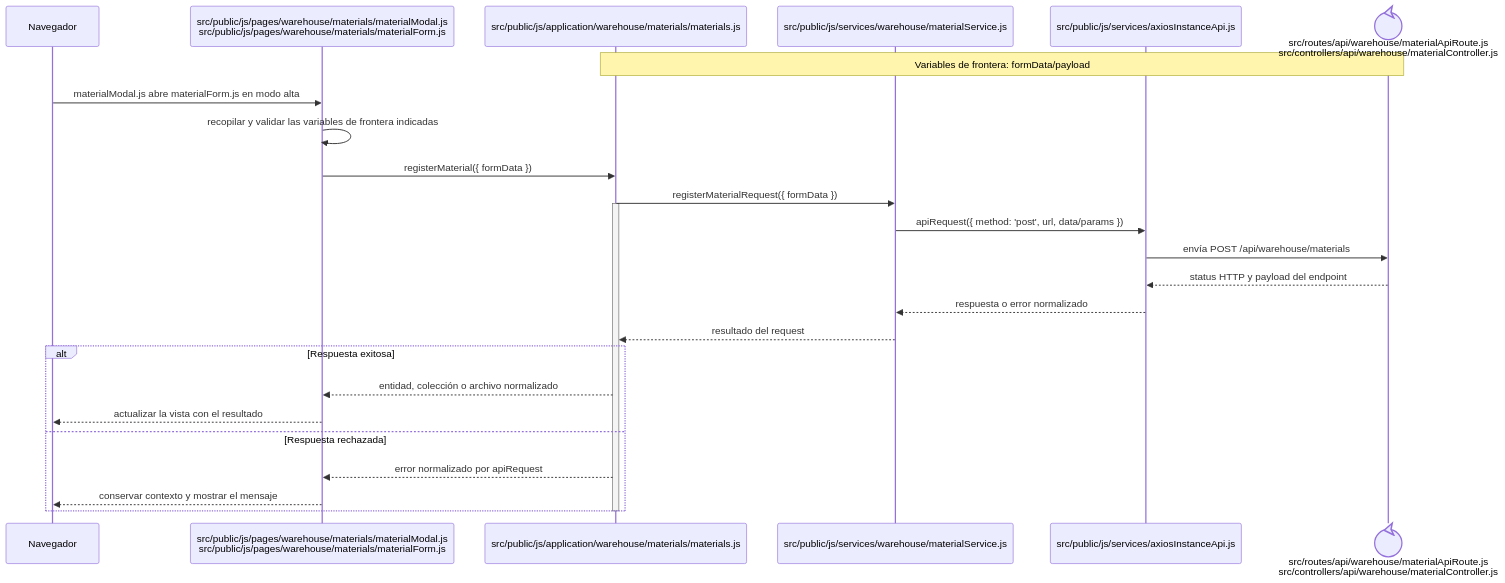
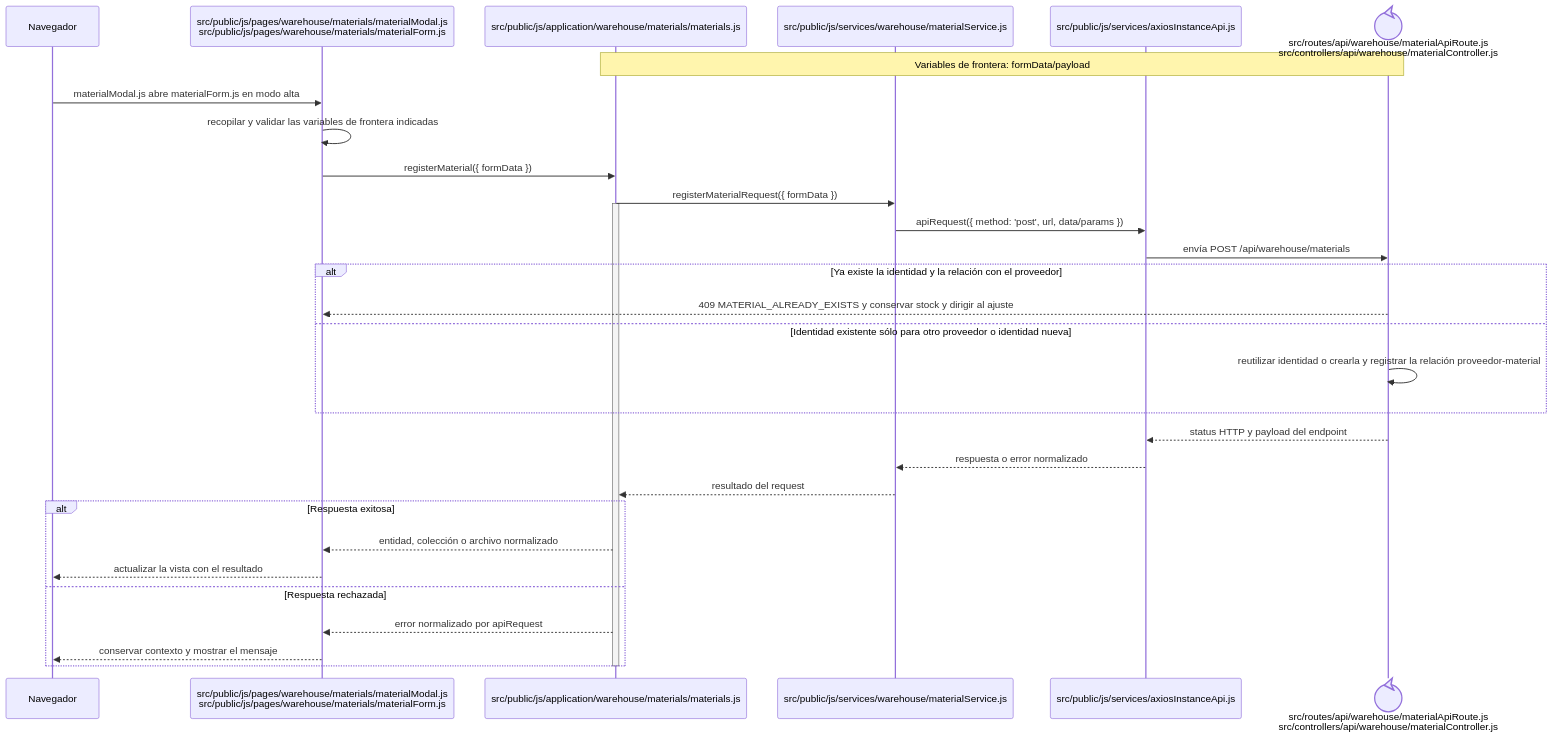
One commit to gpgsistemas01/nexus changed the second of 20 diagrams in docs/architecture/frontend-code-sequences/catalogs.md. Above: the diagram before and after it, drawn with Mermaid. The commit also changed other lines of this file and 35 other files, not shown here.

````diff
--- a/docs/architecture/frontend-code-sequences/catalogs.md
+++ b/docs/architecture/frontend-code-sequences/catalogs.md
@@ -43,29 +43,34 @@
 ```mermaid
 sequenceDiagram
     participant Browser as Navegador
     participant View as src/public/js/pages/warehouse/materials/materialModal.js<br/>src/public/js/pages/warehouse/materials/materialForm.js
     participant Application as src/public/js/application/warehouse/materials/materials.js
     participant Request as src/public/js/services/warehouse/materialService.js
     participant HTTP as src/public/js/services/axiosInstanceApi.js
     participant Transport@{ "type": "control" } as src/routes/api/warehouse/materialApiRoute.js<br/>src/controllers/api/warehouse/materialController.js
     Note over Application,Transport: Variables de frontera: formData/payload
 
     Browser->>View: materialModal.js abre materialForm.js en modo alta
     View->>View: recopilar y validar las variables de frontera indicadas
     View->>Application: registerMaterial({ formData })
     Application->>Request: registerMaterialRequest({ formData })
     activate Application
     Request->>HTTP: apiRequest({ method: 'post', url, data/params })
     HTTP->>Transport: envía POST /api/warehouse/materials
+    alt Ya existe la identidad y la relación con el proveedor
+        Transport-->>View: 409 MATERIAL_ALREADY_EXISTS y conservar stock y dirigir al ajuste
+    else Identidad existente sólo para otro proveedor o identidad nueva
+        Transport->>Transport: reutilizar identidad o crearla y registrar la relación proveedor-material
+    end
     Transport-->>HTTP: status HTTP y payload del endpoint
     HTTP-->>Request: respuesta o error normalizado
     Request-->>Application: resultado del request
     alt Respuesta exitosa
         Application-->>View: entidad, colección o archivo normalizado
         View-->>Browser: actualizar la vista con el resultado
     else Respuesta rechazada
         Application-->>View: error normalizado por apiRequest
         View-->>Browser: conservar contexto y mostrar el mensaje
     end
     deactivate Application
 ```
````
